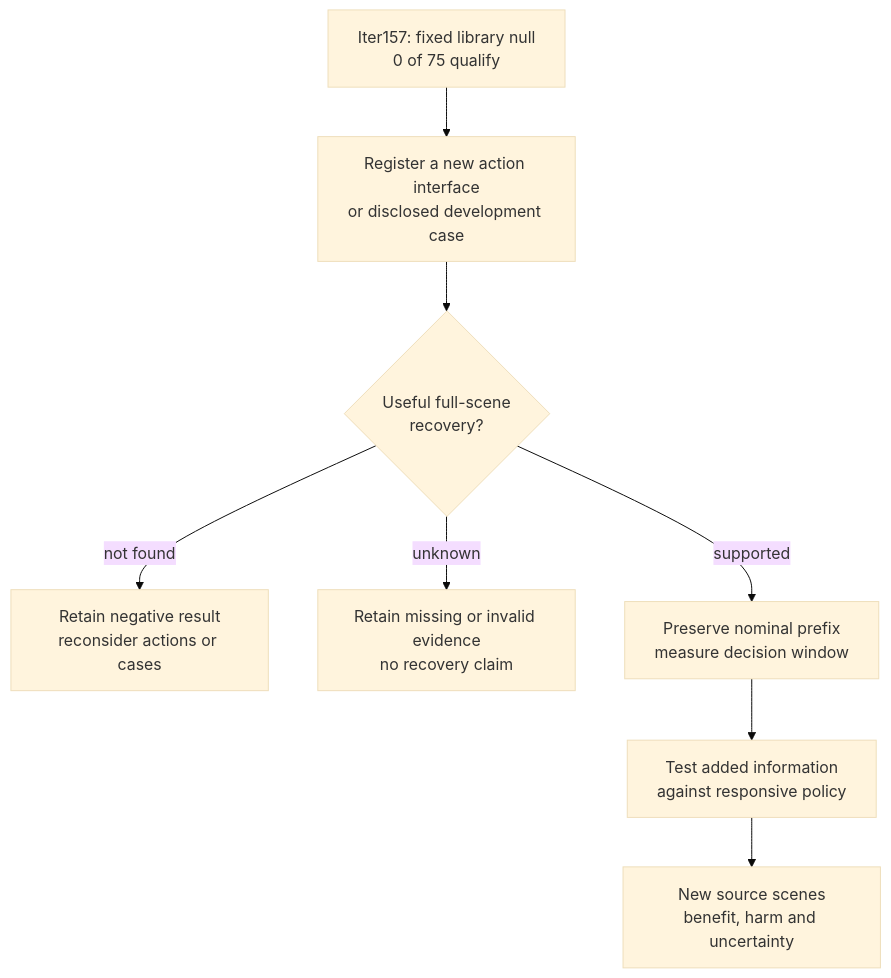
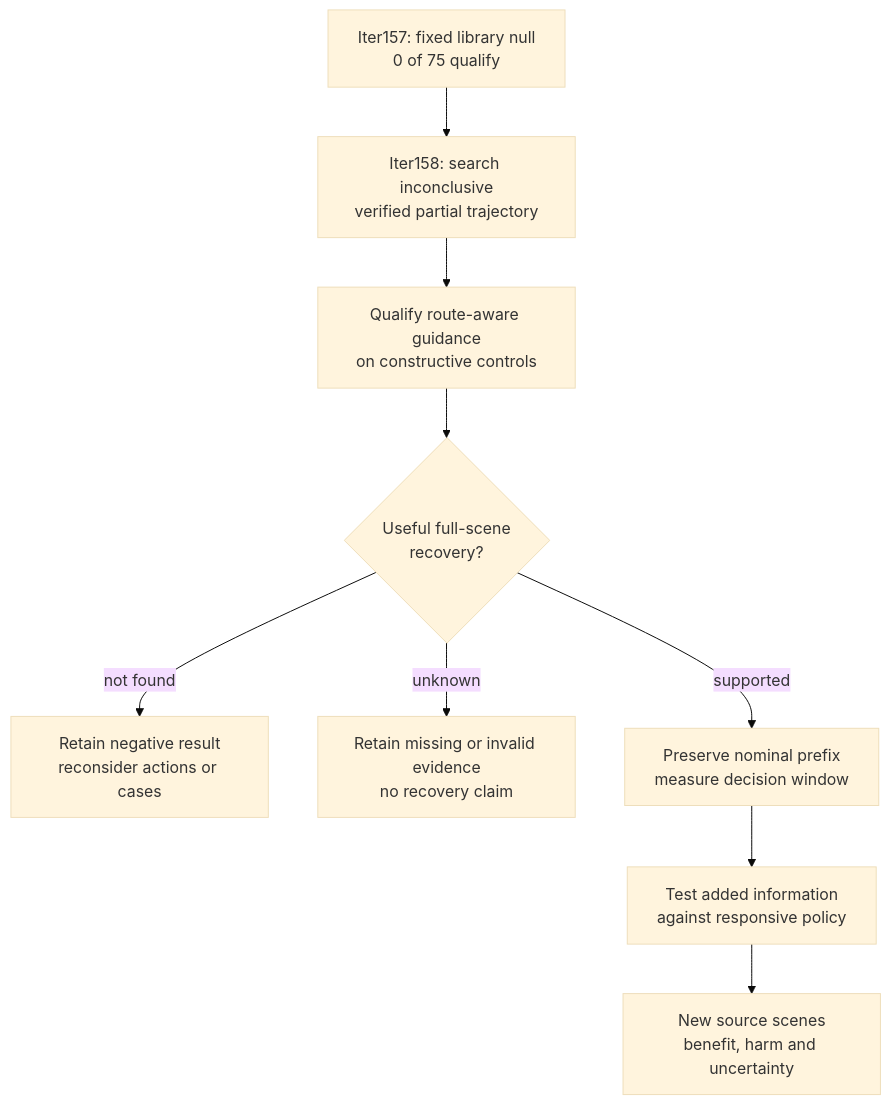
One commit to manfromnowhere143/sentinel changed the third of 3 diagrams in README.md. Above: the diagram before and after it, drawn with Mermaid (base theme). The commit also changed other lines of this file and 41 other files, not shown here.

Commit message:
Close the inconclusive actuator search and advance the evidence contract

````diff
--- a/README.md
+++ b/README.md
@@ -477,12 +495,13 @@
 ```mermaid
 flowchart TB
   accTitle: The proposed route from collision replay to information benefit
   accDescr: Complete constraints reject the retained library. A new action opportunity and native recovery must precede information testing.
-  C["Iter157: fixed library null<br/>0 of 75 qualify"] --> S["Register a new action interface<br/>or disclosed development case"]
+  C["Iter157: fixed library null<br/>0 of 75 qualify"] --> A["Iter158: search inconclusive<br/>verified partial trajectory"]
+  A --> S["Qualify route-aware guidance<br/>on constructive controls"]
   S --> R{"Useful full-scene<br/>recovery?"}
   R -- "not found" --> N["Retain negative result<br/>reconsider actions or cases"]
   R -- "unknown" --> U["Retain missing or invalid evidence<br/>no recovery claim"]
   R -- "supported" --> W["Preserve nominal prefix<br/>measure decision window"]
   W --> I["Test added information<br/>against responsive policy"]
   I --> H["New source scenes<br/>benefit, harm and uncertainty"]
 ```
````
